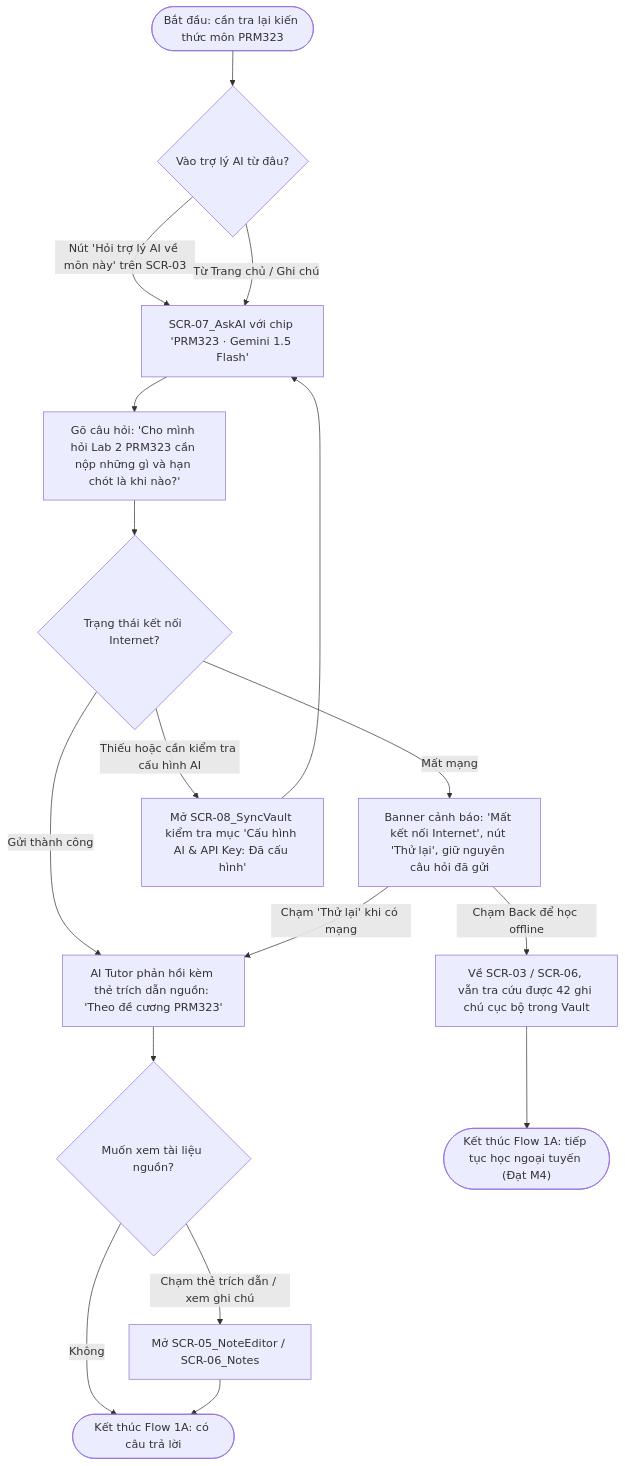
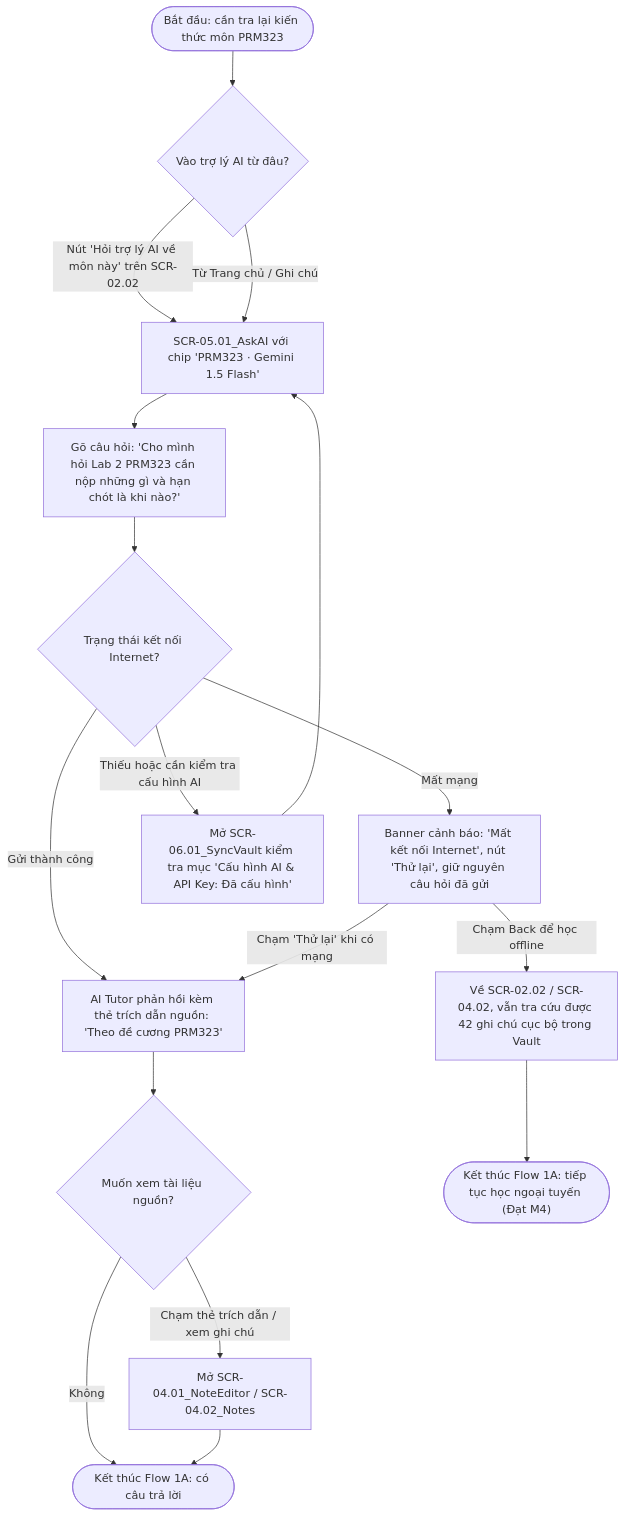
Before and after one commit to quanglong68/prm323-lab2-gr6: the fourth of 4 diagrams in ux/user-flow.md, drawn with Mermaid. The commit also changed other lines of this file, not shown here.

````diff
--- a/ux/user-flow.md
+++ b/ux/user-flow.md
@@ -209,19 +209,19 @@
 ```mermaid
 flowchart TD
     Start(["Bắt đầu: cần tra lại kiến thức môn PRM323"]) --> Entry{"Vào trợ lý AI từ đâu?"}
-    Entry -->|Nút 'Hỏi trợ lý AI về môn này' trên SCR-03| ChatCtx["SCR-07_AskAI với chip 'PRM323 · Gemini 1.5 Flash'"]
+    Entry -->|Nút 'Hỏi trợ lý AI về môn này' trên SCR-02.02| ChatCtx["SCR-05.01_AskAI với chip 'PRM323 · Gemini 1.5 Flash'"]
     Entry -->|Từ Trang chủ / Ghi chú| ChatCtx
     ChatCtx --> Ask["Gõ câu hỏi: 'Cho mình hỏi Lab 2 PRM323 cần nộp những gì và hạn chót là khi nào?'"]
     Ask --> Result{"Trạng thái kết nối Internet?"}
     Result -->|Mất mạng| ErrNet["Banner cảnh báo: 'Mất kết nối Internet', nút 'Thử lại', giữ nguyên câu hỏi đã gửi"]
-    Result -->|Thiếu hoặc cần kiểm tra cấu hình AI| Settings["Mở SCR-08_SyncVault kiểm tra mục 'Cấu hình AI & API Key: Đã cấu hình'"]
+    Result -->|Thiếu hoặc cần kiểm tra cấu hình AI| Settings["Mở SCR-06.01_SyncVault kiểm tra mục 'Cấu hình AI & API Key: Đã cấu hình'"]
     Result -->|Gửi thành công| Answer["AI Tutor phản hồi kèm thẻ trích dẫn nguồn: 'Theo đề cương PRM323'"]
     ErrNet -->|Chạm 'Thử lại' khi có mạng| Answer
-    ErrNet -->|Chạm Back để học offline| Leave["Về SCR-03 / SCR-06, vẫn tra cứu được 42 ghi chú cục bộ trong Vault"]
+    ErrNet -->|Chạm Back để học offline| Leave["Về SCR-02.02 / SCR-04.02, vẫn tra cứu được 42 ghi chú cục bộ trong Vault"]
     Settings --> ChatCtx
     Answer --> Cite{"Muốn xem tài liệu nguồn?"}
-    Cite -->|Chạm thẻ trích dẫn / xem ghi chú| OpenSrc["Mở SCR-05_NoteEditor / SCR-06_Notes"]
+    Cite -->|Chạm thẻ trích dẫn / xem ghi chú| OpenSrc["Mở SCR-04.01_NoteEditor / SCR-04.02_Notes"]
     Cite -->|Không| EndOk(["Kết thúc Flow 1A: có câu trả lời"])
     OpenSrc --> EndOk
     Leave --> EndLeave(["Kết thúc Flow 1A: tiếp tục học ngoại tuyến (Đạt M4)"])
 ```
````
